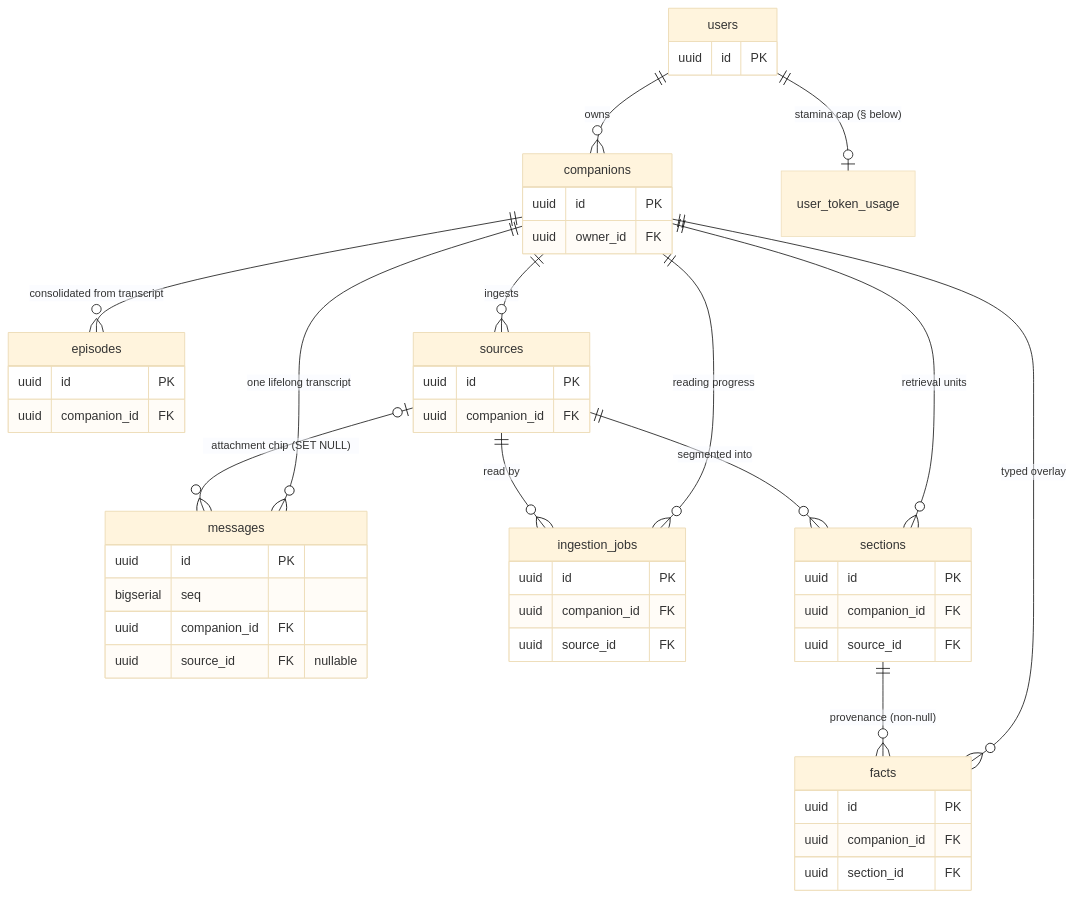
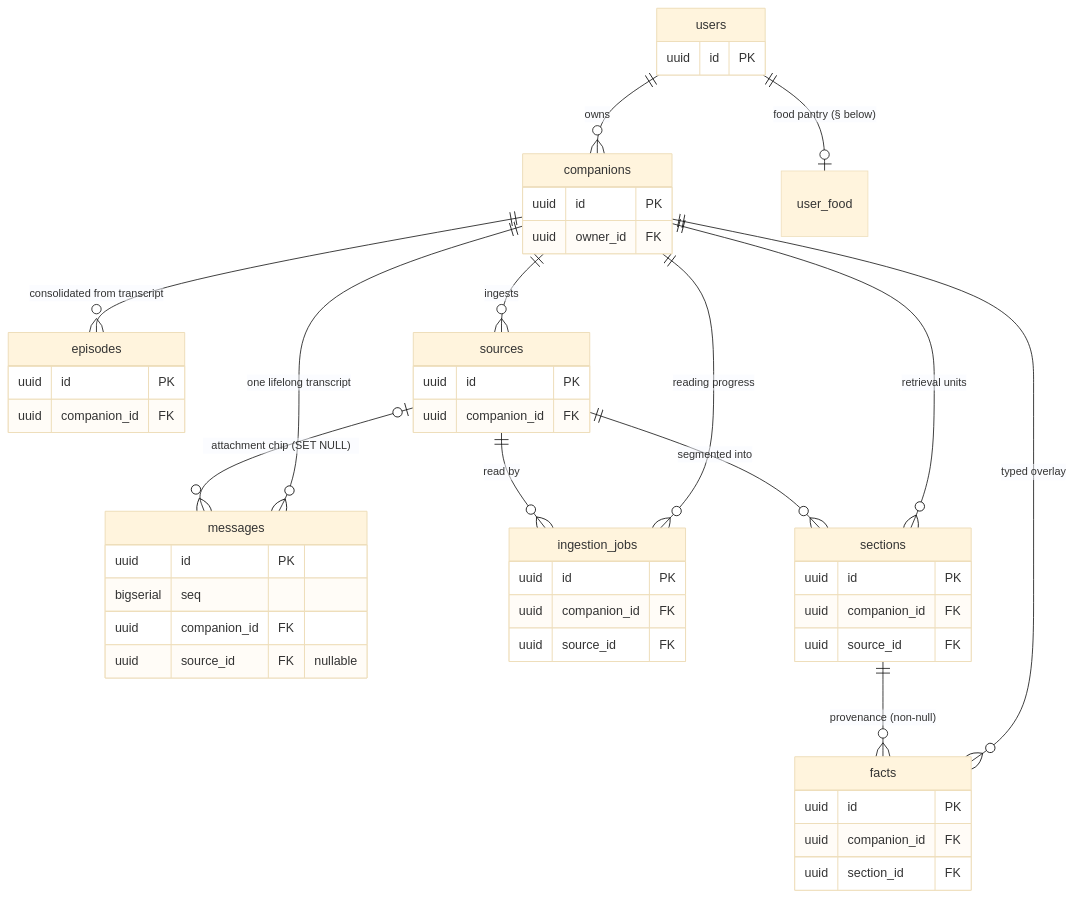
The first of 4 diagrams in docs/implementation.md (CobbleStamp/CobbleCompanion), drawn with Mermaid (base theme) before and after one commit. The commit also changed other lines of this file and 87 other files, not shown here.

````diff
--- a/docs/implementation.md
+++ b/docs/implementation.md
@@ -20,52 +20,52 @@
 ```mermaid
 erDiagram
     users          ||--o{ companions      : owns
-    users          ||--o| user_token_usage : "stamina cap (§ below)"
+    users          ||--o| user_food       : "food pantry (§ below)"
     companions     ||--o{ messages        : "one lifelong transcript"
     companions     ||--o{ episodes        : "consolidated from transcript"
     companions     ||--o{ sources         : ingests
     companions     ||--o{ ingestion_jobs  : "reading progress"
     companions     ||--o{ sections        : "retrieval units"
     companions     ||--o{ facts           : "typed overlay"
     sources        ||--o{ sections        : "segmented into"
     sources        ||--o{ ingestion_jobs  : "read by"
     sources        |o--o{ messages        : "attachment chip (SET NULL)"
     sections       ||--o{ facts           : "provenance (non-null)"
 
     users {
         uuid id PK
     }
     companions {
         uuid id PK
         uuid owner_id FK
     }
     messages {
         uuid id PK
         bigserial seq
         uuid companion_id FK
         uuid source_id FK "nullable"
     }
     episodes {
         uuid id PK
         uuid companion_id FK
     }
     sources {
         uuid id PK
         uuid companion_id FK
     }
     ingestion_jobs {
         uuid id PK
         uuid companion_id FK
         uuid source_id FK
     }
     sections {
         uuid id PK
         uuid companion_id FK
         uuid source_id FK
     }
     facts {
         uuid id PK
         uuid companion_id FK
         uuid section_id FK
     }
 ```
````
